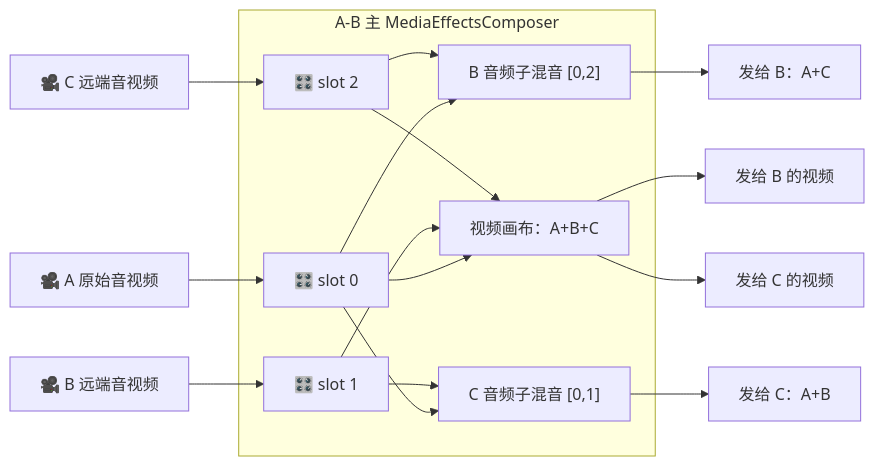
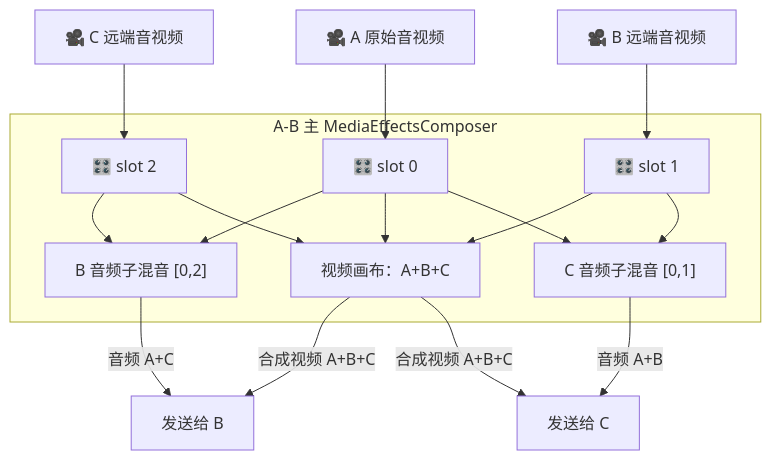
One commit to lei40251/JsSIP changed the second of 17 diagrams in docs/app-conference-guide.md. Above: the diagram before and after it, drawn with Mermaid. The commit also changed other lines of this file and 1 other file, not shown here.

````diff
--- a/docs/app-conference-guide.md
+++ b/docs/app-conference-guide.md
@@ -96,23 +113,26 @@
 ```mermaid
-flowchart LR
+flowchart TB
   subgraph MEC["A-B 主 MediaEffectsComposer"]
+    S2["🎛️ slot 2"]
     S0["🎛️ slot 0"]
     S1["🎛️ slot 1"]
-    S2["🎛️ slot 2"]
-    S0 --> V["视频画布：A+B+C"]
+    MB["B 音频子混音 [0,2]"]
+    V["视频画布：A+B+C"]
+    MC["C 音频子混音 [0,1]"]
+    S2 --> MB
+    S0 --> MB
+    S2 --> V
+    S0 --> V
     S1 --> V
-    S2 --> V
-    S0 --> MB["B 音频子混音 [0,2]"]
-    S2 --> MB
-    S0 --> MC["C 音频子混音 [0,1]"]
+    S0 --> MC
     S1 --> MC
   end
 
+  C["🎥 C 远端音视频"] --> S2
   A["🎥 A 原始音视频"] --> S0
   B["🎥 B 远端音视频"] --> S1
-  C["🎥 C 远端音视频"] --> S2
-  V --> OB["发给 B 的视频"]
-  V --> OC["发给 C 的视频"]
-  MB --> AB["发给 B：A+C"]
-  MC --> AC["发给 C：A+B"]
+  V -->|"合成视频 A+B+C"| OB["发送给 B"]
+  MB -->|"音频 A+C"| OB
+  V -->|"合成视频 A+B+C"| OC["发送给 C"]
+  MC -->|"音频 A+B"| OC
 ```
````
